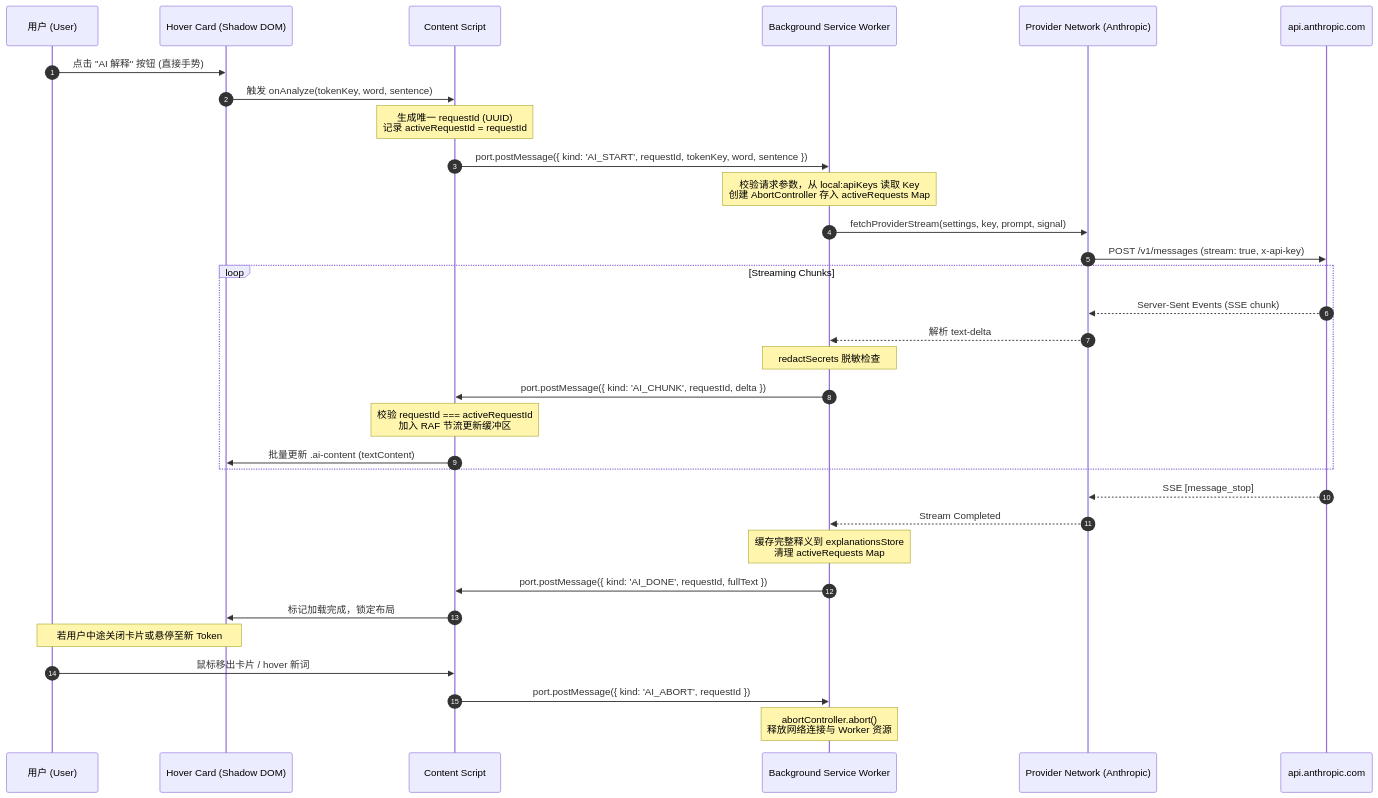
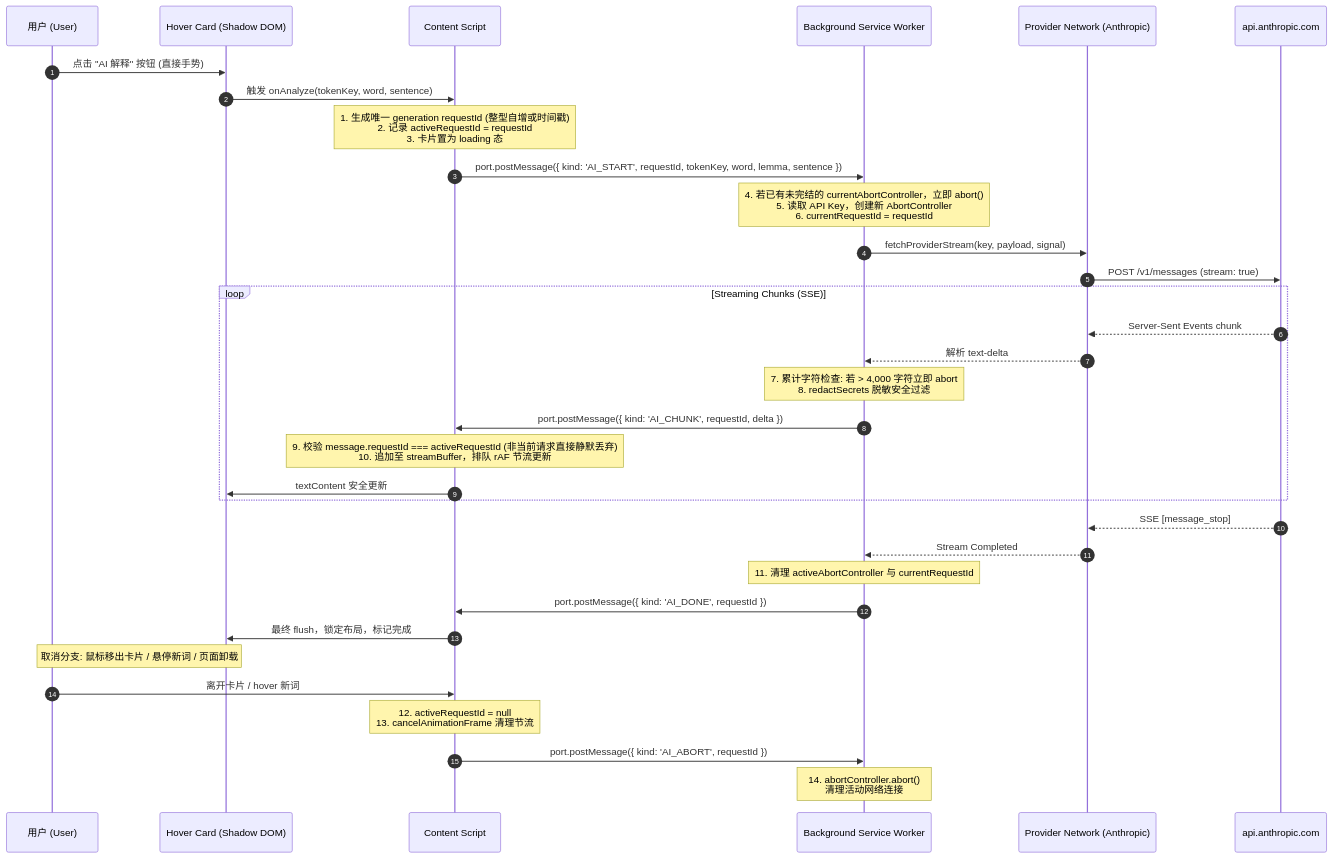
One commit to ReiAKIraAn/Glint changed the diagram in docs/adr/002-ai-explanation-architecture.md. Above: the diagram before and after it, drawn with Mermaid. The commit also changed other lines of this file and 3 other files, not shown here.

````diff
--- a/docs/adr/002-ai-explanation-architecture.md
+++ b/docs/adr/002-ai-explanation-architecture.md
@@ -32,38 +45,39 @@
 ```mermaid
 sequenceDiagram
     autonumber
     participant User as 用户 (User)
     participant Card as Hover Card (Shadow DOM)
     participant CS as Content Script
     participant BG as Background Service Worker
     participant PN as Provider Network (Anthropic)
     participant API as api.anthropic.com
 
     User->>Card: 点击 "AI 解释" 按钮 (直接手势)
     Card->>CS: 触发 onAnalyze(tokenKey, word, sentence)
-    Note over CS: 生成唯一 requestId (UUID)<br/>记录 activeRequestId = requestId
-    CS->>BG: port.postMessage({ kind: 'AI_START', requestId, tokenKey, word, sentence })
-    Note over BG: 校验请求参数，从 local:apiKeys 读取 Key<br/>创建 AbortController 存入 activeRequests Map
-    BG->>PN: fetchProviderStream(settings, key, prompt, signal)
-    PN->>API: POST /v1/messages (stream: true, x-api-key)
+    Note over CS: 1. 生成唯一 generation requestId (整型自增或时间戳)<br/>2. 记录 activeRequestId = requestId<br/>3. 卡片置为 loading 态
+    CS->>BG: port.postMessage({ kind: 'AI_START', requestId, tokenKey, word, lemma, sentence })
+    Note over BG: 4. 若已有未完结的 currentAbortController，立即 abort()<br/>5. 读取 API Key，创建新 AbortController<br/>6. currentRequestId = requestId
+    BG->>PN: fetchProviderStream(key, payload, signal)
+    PN->>API: POST /v1/messages (stream: true)
     
-    loop Streaming Chunks
-        API-->>PN: Server-Sent Events (SSE chunk)
+    loop Streaming Chunks (SSE)
+        API-->>PN: Server-Sent Events chunk
         PN-->>BG: 解析 text-delta
-        Note over BG: redactSecrets 脱敏检查
+        Note over BG: 7. 累计字符检查: 若 > 4,000 字符立即 abort<br/>8. redactSecrets 脱敏安全过滤
         BG->>CS: port.postMessage({ kind: 'AI_CHUNK', requestId, delta })
-        Note over CS: 校验 requestId === activeRequestId<br/>加入 RAF 节流更新缓冲区
-        CS->>Card: 批量更新 .ai-content (textContent)
+        Note over CS: 9. 校验 message.requestId === activeRequestId (非当前请求直接静默丢弃)<br/>10. 追加至 streamBuffer，排队 rAF 节流更新
+        CS->>Card: textContent 安全更新
     end
 
     API-->>PN: SSE [message_stop]
     PN-->>BG: Stream Completed
-    Note over BG: 缓存完整释义到 explanationsStore<br/>清理 activeRequests Map
-    BG->>CS: port.postMessage({ kind: 'AI_DONE', requestId, fullText })
-    CS->>Card: 标记加载完成，锁定布局
+    Note over BG: 11. 清理 activeAbortController 与 currentRequestId
+    BG->>CS: port.postMessage({ kind: 'AI_DONE', requestId })
+    CS->>Card: 最终 flush，锁定布局，标记完成
 
-    Note over User,Card: 若用户中途关闭卡片或悬停至新 Token
-    User->>CS: 鼠标移出卡片 / hover 新词
+    Note over User,Card: 取消分支: 鼠标移出卡片 / 悬停新词 / 页面卸载
+    User->>CS: 离开卡片 / hover 新词
+    Note over CS: 12. activeRequestId = null<br/>13. cancelAnimationFrame 清理节流
     CS->>BG: port.postMessage({ kind: 'AI_ABORT', requestId })
-    Note over BG: abortController.abort()<br/>释放网络连接与 Worker 资源
+    Note over BG: 14. abortController.abort()<br/>清理活动网络连接
 ```
````
